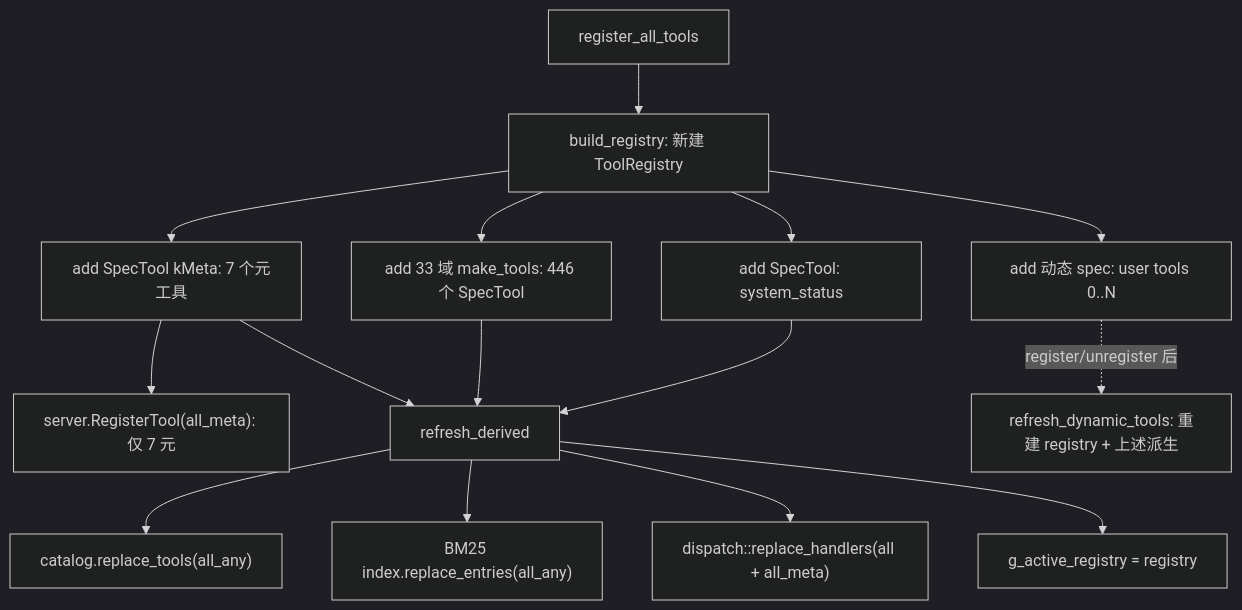
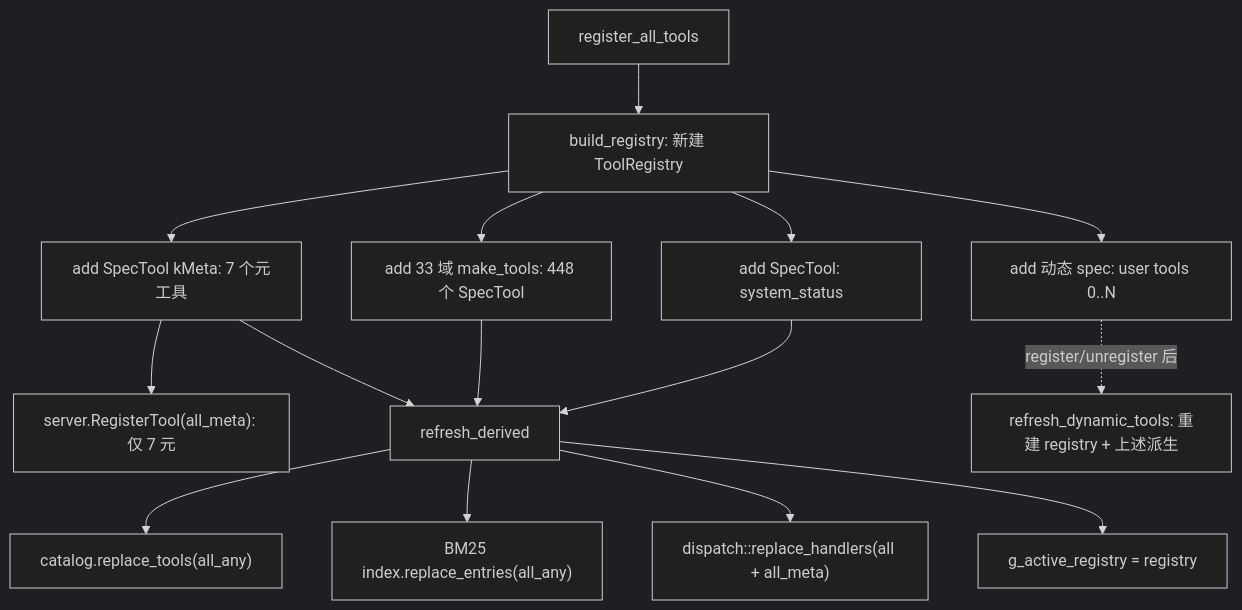
One commit to jesspig/Godot-Autopilot changed the diagram in docs/wiki/modules/tools_registry.md. Above: the diagram before and after it, drawn with Mermaid (dark theme). The commit also changed other lines of this file and 20 other files, not shown here.

````diff
--- a/docs/wiki/modules/tools_registry.md
+++ b/docs/wiki/modules/tools_registry.md
@@ -23,17 +23,17 @@
 ```mermaid
 flowchart TD
     A["register_all_tools"] --> B["build_registry: 新建 ToolRegistry"]
     B --> C["add SpecTool: system_status"]
-    B --> D["add 33 域 make_tools: 446 个 SpecTool"]
+    B --> D["add 33 域 make_tools: 448 个 SpecTool"]
     B --> E["add SpecTool kMeta: 7 个元工具"]
     B --> F["add 动态 spec: user tools 0..N"]
     E --> G["server.RegisterTool(all_meta): 仅 7 元"]
     C --> H["refresh_derived"]
     D --> H
     E --> H
     H --> I["catalog.replace_tools(all_any)"]
     H --> J["BM25 index.replace_entries(all_any)"]
     H --> K["dispatch::replace_handlers(all + all_meta)"]
     H --> L["g_active_registry = registry"]
     F -. "register/unregister 后" .-> M["refresh_dynamic_tools: 重建 registry + 上述派生"]
 ```
````
